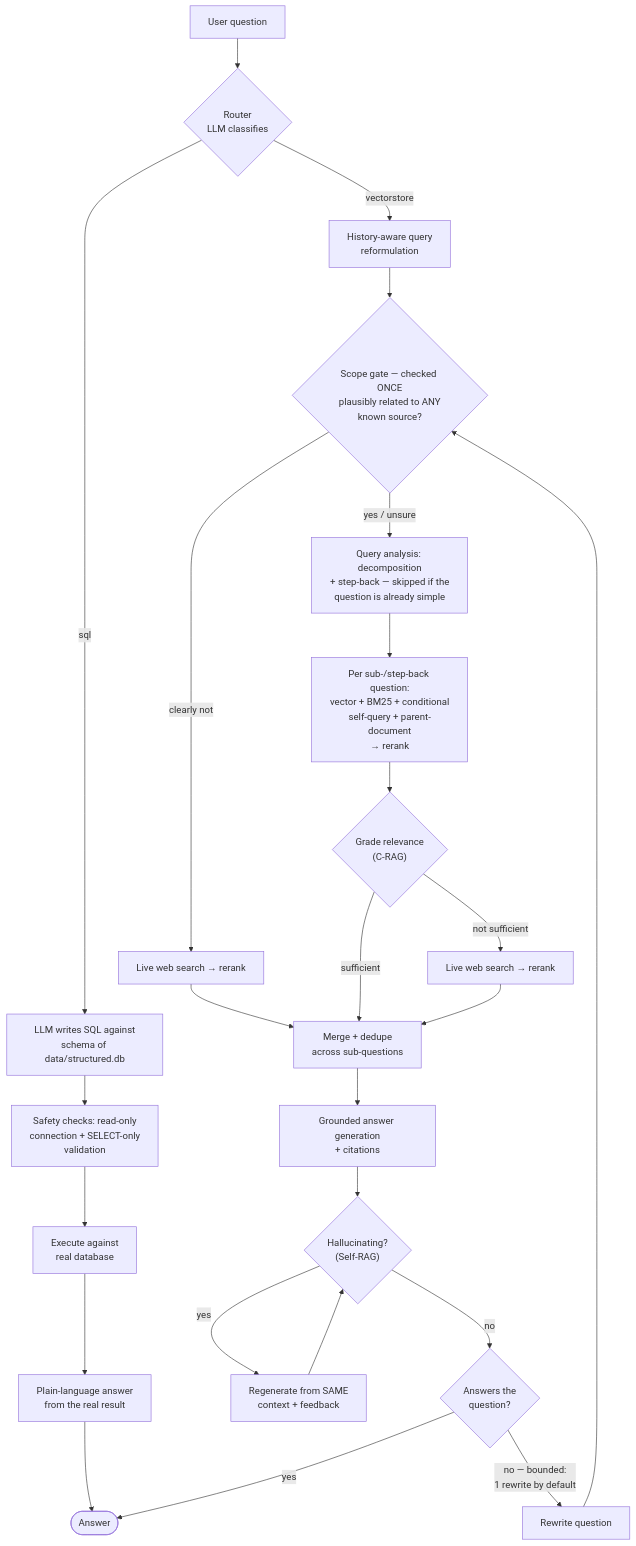
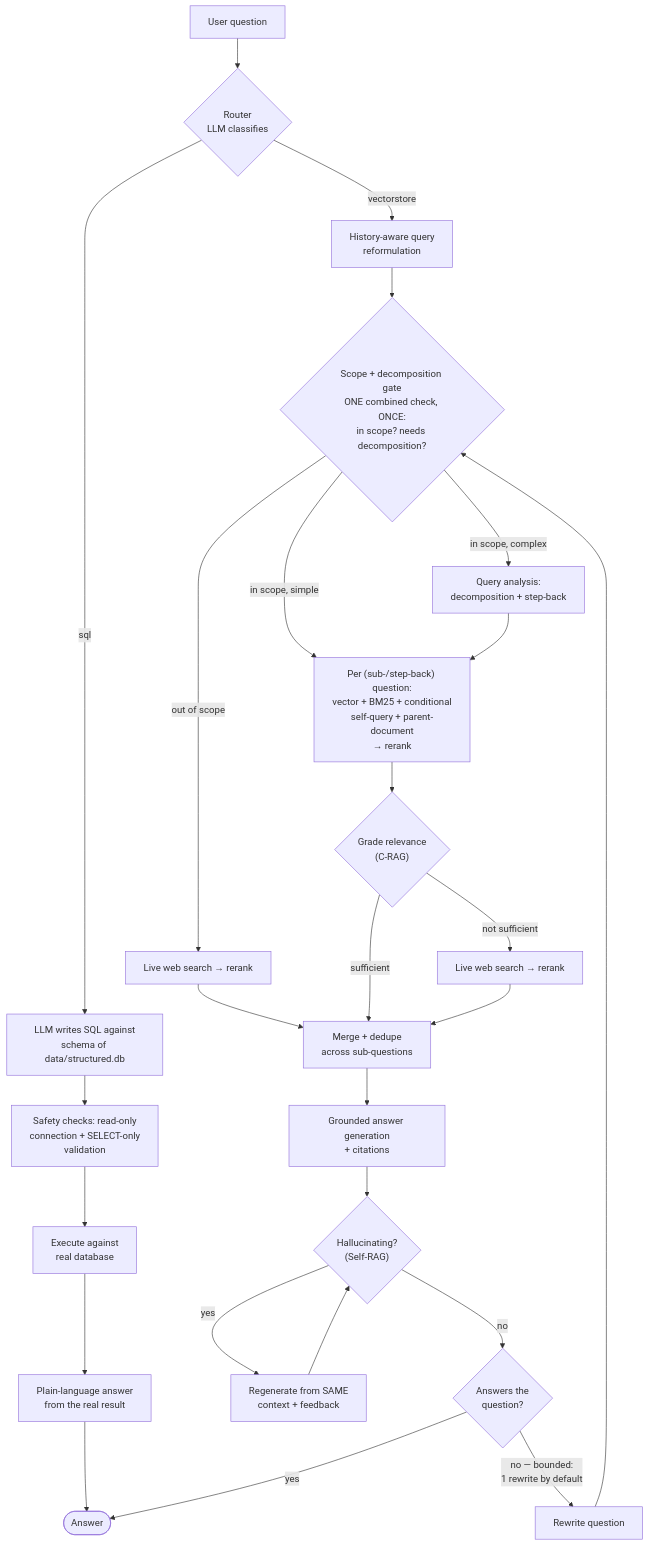
One commit to OltiHaxhiavdyli/RAG-Project changed the first of 2 diagrams in README.md. Above: the diagram before and after it, drawn with Mermaid. The commit also changed other lines of this file and 6 other files, not shown here.

Commit message:
Merge scope and decomposition checks into one LLM call to reduce answer time

````diff
--- a/README.md
+++ b/README.md
@@ -157,33 +160,34 @@
 ```mermaid
 flowchart TD
     Q["User question"] --> Router{"Router<br/>LLM classifies"}
 
     Router -->|"sql"| WriteSQL["LLM writes SQL against<br/>schema of data/structured.db"]
     WriteSQL --> SQLGuard["Safety checks: read-only<br/>connection + SELECT-only<br/>validation"]
     SQLGuard --> Execute["Execute against<br/>real database"]
     Execute --> SQLAnswer["Plain-language answer<br/>from the real result"]
     SQLAnswer --> Answer(["Answer"])
 
     Router -->|"vectorstore"| Reformulate["History-aware query<br/>reformulation"]
-    Reformulate --> ScopeGate{"Scope gate — checked ONCE<br/>plausibly related to ANY<br/>known source?"}
+    Reformulate --> ScopeGate{"Scope + decomposition gate<br/>ONE combined check, ONCE:<br/>in scope? needs decomposition?"}
 
-    ScopeGate -->|"clearly not"| WebOnly["Live web search → rerank"]
+    ScopeGate -->|"out of scope"| WebOnly["Live web search → rerank"]
     WebOnly --> Merge
 
-    ScopeGate -->|"yes / unsure"| Decompose["Query analysis: decomposition<br/>+ step-back — skipped if the<br/>question is already simple"]
-    Decompose --> PerSubQ["Per sub-/step-back question:<br/>vector + BM25 + conditional<br/>self-query + parent-document<br/>→ rerank"]
+    ScopeGate -->|"in scope, simple"| PerSubQ
+    ScopeGate -->|"in scope, complex"| Decompose["Query analysis:<br/>decomposition + step-back"]
+    Decompose --> PerSubQ["Per (sub-/step-back) question:<br/>vector + BM25 + conditional<br/>self-query + parent-document<br/>→ rerank"]
     PerSubQ --> Grade{"Grade relevance<br/>(C-RAG)"}
 
     Grade -->|"sufficient"| Merge["Merge + dedupe<br/>across sub-questions"]
     Grade -->|"not sufficient"| WebFallback["Live web search → rerank"]
     WebFallback --> Merge
 
     Merge --> Generate["Grounded answer generation<br/>+ citations"]
     Generate --> Halluc{"Hallucinating?<br/>(Self-RAG)"}
     Halluc -->|"yes"| Regen["Regenerate from SAME<br/>context + feedback"]
     Regen --> Halluc
     Halluc -->|"no"| Answers{"Answers the<br/>question?"}
     Answers -->|"no — bounded:<br/>1 rewrite by default"| Rewrite["Rewrite question"]
     Rewrite --> ScopeGate
     Answers -->|"yes"| Answer
 ```
````
